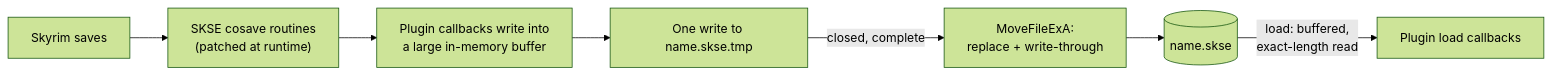
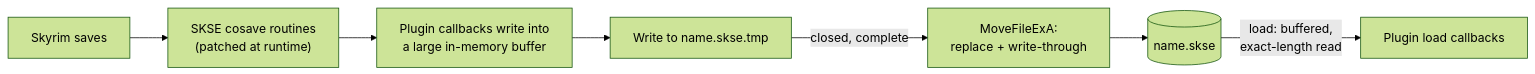
Before and after one commit to SenjuWoo/Faster-Loadin-n-Savin: the diagram in README.md, drawn with Mermaid (forest theme). The commit also changed 6 other files, not shown here.

````diff
--- a/README.md
+++ b/README.md
@@ -147,9 +147,9 @@
 ```mermaid
 flowchart LR
   SAVE["Skyrim saves"] --> SKSE["SKSE cosave routines<br/>(patched at runtime)"]
   SKSE --> CB["Plugin callbacks write into<br/>a large in-memory buffer"]
-  CB --> TMP["One write to name.skse.tmp"]
+  CB --> TMP["Write to name.skse.tmp"]
   TMP -->|"closed, complete"| MOVE["MoveFileExA:<br/>replace + write-through"]
   MOVE --> COSAVE[("name.skse")]
   COSAVE -->|"load: buffered,<br/>exact-length read"| LOAD["Plugin load callbacks"]
 ```
````
